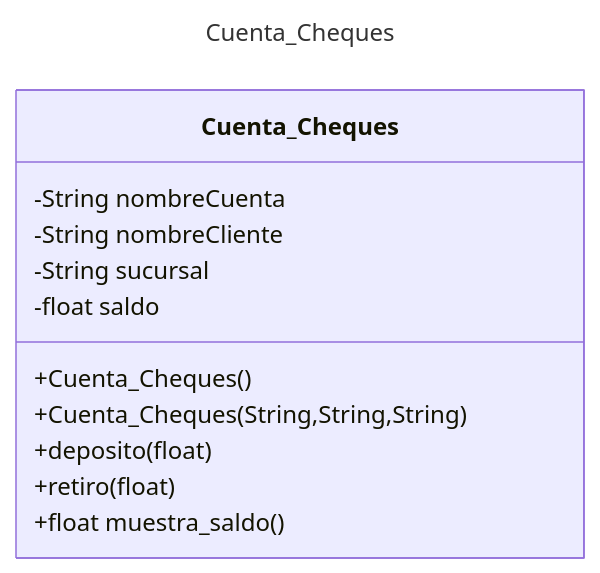
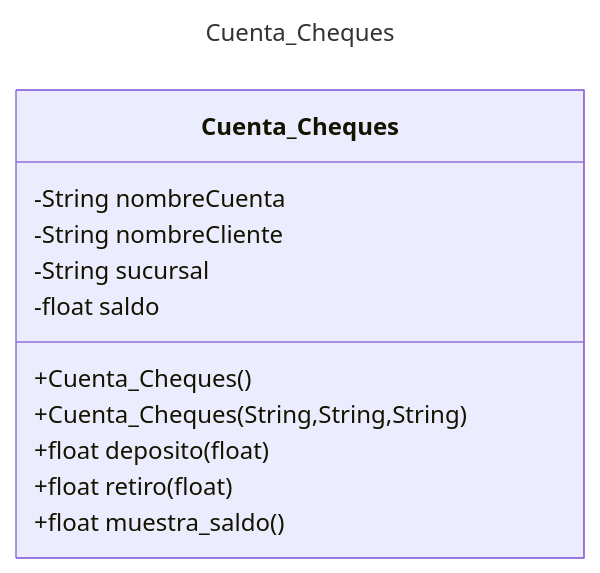
The eighth of 11 diagrams in README.md (CLA-PRA/GHUB.java.EJ.TAD.LourdesArmenta), drawn with Mermaid before and after one commit. The commit also changed other lines of this file and 16 other files, not shown here.

````diff
--- a/README.md
+++ b/README.md
@@ -151,19 +180,19 @@
 ```mermaid
 ---
 title: Cuenta_Cheques
 ---
 classDiagram
       class Cuenta_Cheques
       Cuenta_Cheques: -String nombreCuenta
       Cuenta_Cheques: -String nombreCliente
       Cuenta_Cheques: -String sucursal
       Cuenta_Cheques: -float saldo
       Cuenta_Cheques: +Cuenta_Cheques()
       Cuenta_Cheques: +Cuenta_Cheques(String,String,String)
-      Cuenta_Cheques: +deposito(float)
-      Cuenta_Cheques: +retiro(float)
+      Cuenta_Cheques: +float deposito(float)
+      Cuenta_Cheques: +float retiro(float)
       Cuenta_Cheques: +float muestra_saldo()
 
       
       
 ```
````
